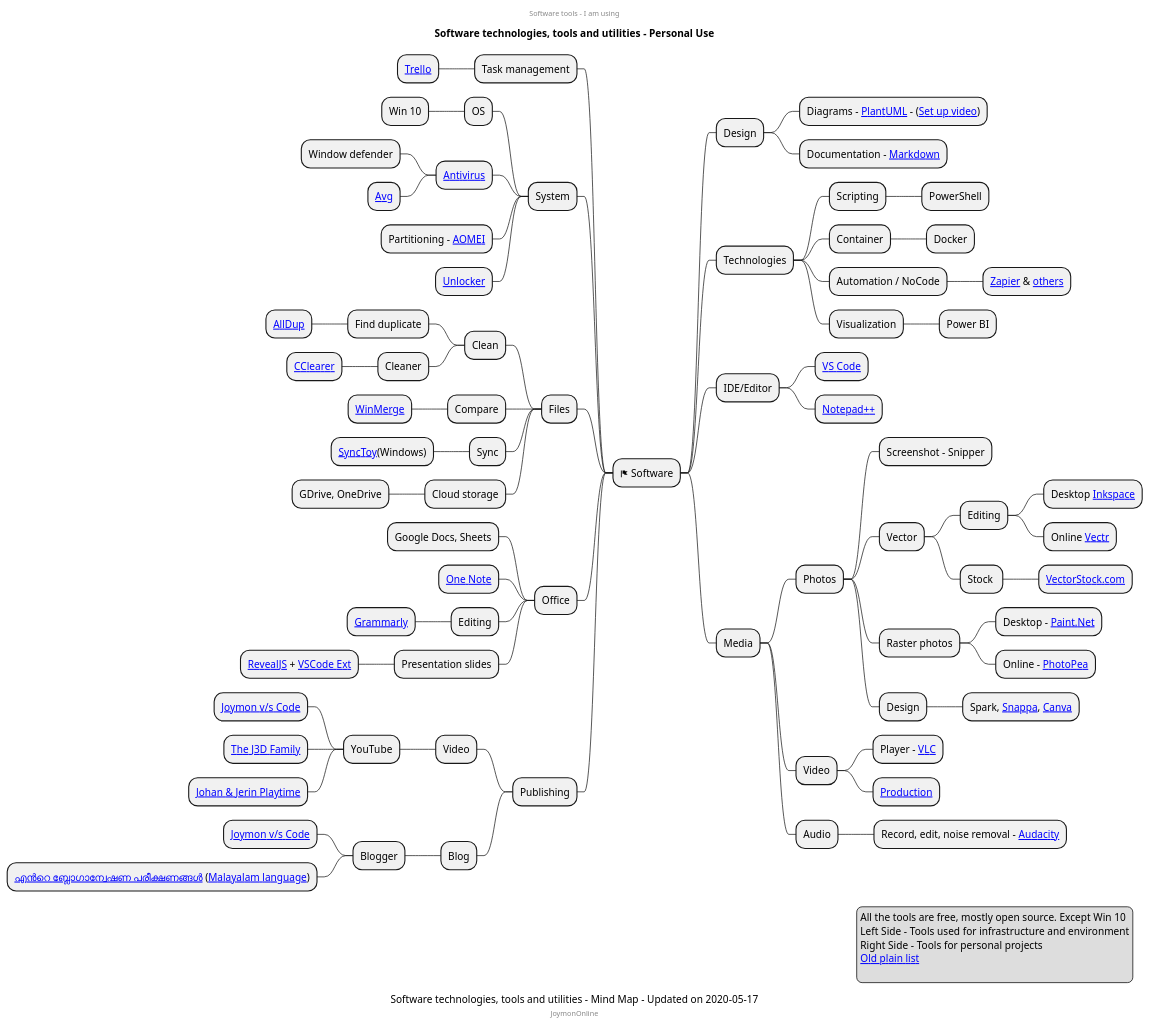
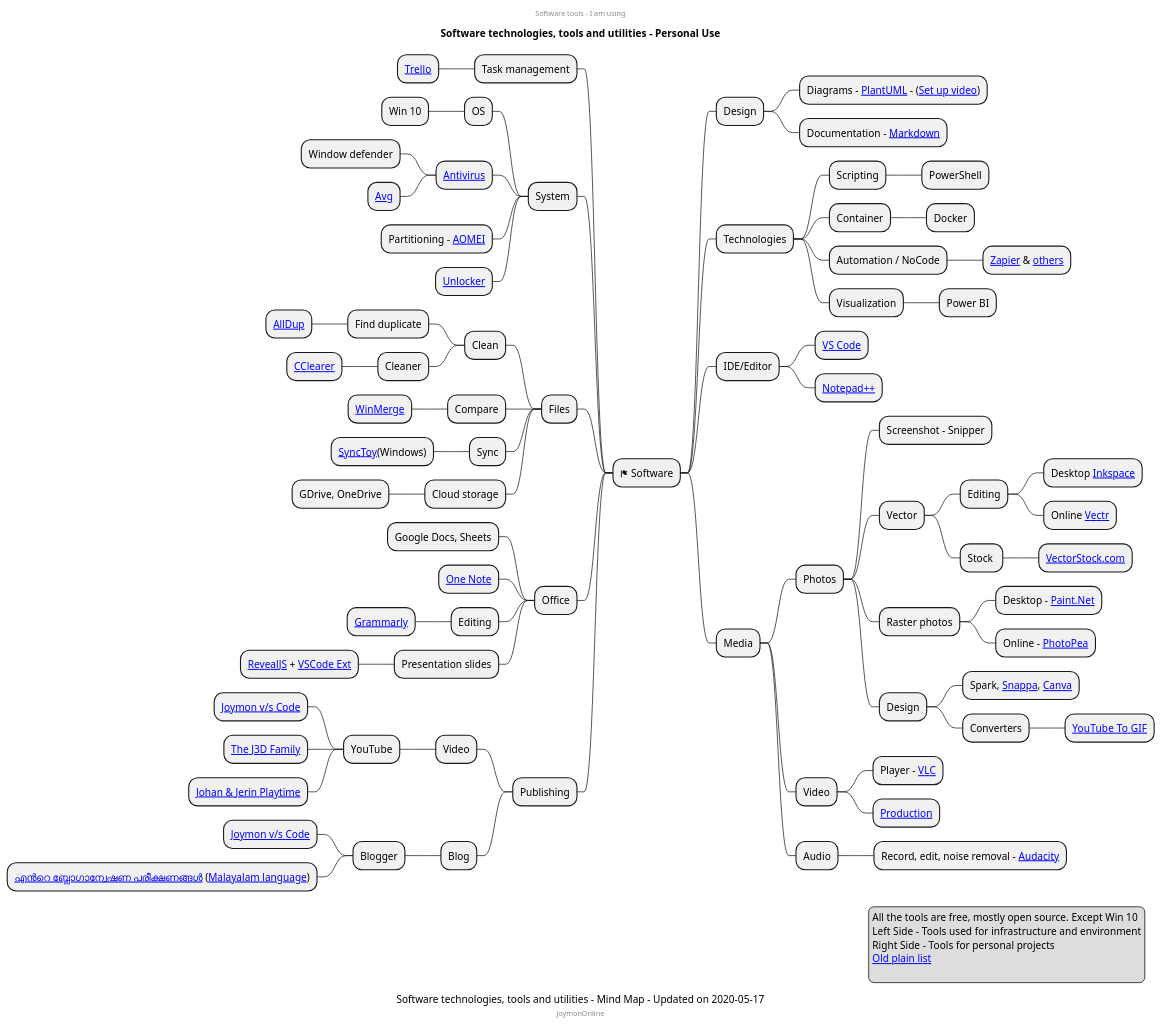
The diagram in software-tools/personal-tools.puml (mind-maps/software), drawn with PlantUML before and after one commit.

```diff
--- a/software-tools/personal-tools.puml
+++ b/software-tools/personal-tools.puml
@@ -1,95 +1,97 @@
 @startmindmap
 center header
 Software tools - I am using
 endheader
 title Software technologies, tools and utilities - Personal Use
 caption Software technologies, tools and utilities - Mind Map - Updated on 2020-05-17
 center footer JoymonOnline
 * <&flag> Software
 ** Design
 *** Diagrams - [[https://en.wikipedia.org/wiki/PlantUML PlantUML]] - ([[https://www.youtube.com/watch?v=Zt3Bj1HMJ8g Set up video]])
 *** Documentation - [[https://en.wikipedia.org/wiki/Markdown Markdown]]
 ** Technologies
 *** Scripting
 **** PowerShell
 *** Container
 **** Docker
 *** Automation / NoCode
 **** [[https://zapier.com/home Zapier]] & [[https://gist.github.com/joymon/89aeb18bef588895426b46a54e2ba970 others]]
 *** Visualization
 **** Power BI
 ** IDE/Editor
 *** [[https://code.visualstudio.com/ VS Code]]
 *** [[https://notepad-plus-plus.org/ Notepad++]]
 
 ** Media
 *** Photos
 **** Screenshot - Snipper
 **** Vector
 ***** Editing
 ****** Desktop [[https://inkscape.org/ Inkspace]]
 ****** Online [[https://vectr.com/ Vectr]]
 ***** Stock 
 ****** [[https://www.vectorstock.com/ VectorStock.com]]
 **** Raster photos
 ***** Desktop - [[https://www.getpaint.net/ Paint.Net]]
 ***** Online - [[https://www.photopea.com/ PhotoPea]]
 **** Design
 ***** Spark, [[https://snappa.com/ Snappa]], [[https://www.canva.com/ Canva]]
+***** Converters
+****** [[https://gifrun.com/ YouTube To GIF]]
 *** Video
 **** Player - [[https://www.videolan.org/vlc/download-windows.html VLC]]
 **** [[https://www.plantuml.com/plantuml/proxy?fmt=svg&cache=no&src=https://raw.githubusercontent.com/mind-maps/technology/master/media/video/publishing.puml Production]]
 *** Audio
 **** Record, edit, noise removal - [[https://www.audacityteam.org/download/ Audacity]]
 
 left side
 
 ** Task management
 *** [[https://trello.com/ Trello]]
 ** System
 *** OS
 **** Win 10
 *** [[https://www.av-test.org/en/antivirus/home-windows/ Antivirus]]
 **** Window defender
 **** [[https://www.avg.com/ Avg]]
 *** Partitioning - [[https://www.diskpart.com/free-partition-manager.html AOMEI]]
 *** [[http://www.emptyloop.com/unlocker/ Unlocker]]
 ** Files
 *** Clean
 **** Find duplicate
 ***** [[http://www.alldup.info/en_download_alldup.php AllDup]]
 **** Cleaner
 ***** [[https://www.ccleaner.com/ CClearer]]
 *** Compare
 **** [[https://winmerge.org/?lang=en WinMerge]]
 *** Sync
 **** [[https://www.microsoft.com/en-us/download/details.aspx?id=15155 SyncToy]](Windows)
 *** Cloud storage
 **** GDrive, OneDrive
 ** Office
 *** Google Docs, Sheets
 *** [[https://www.onenote.com/ One Note]]
 *** Editing
 **** [[https://app.grammarly.com/ Grammarly]]
 *** Presentation slides
 **** [[https://revealjs.com/ RevealJS]] + [[https://marketplace.visualstudio.com/items?itemName=evilz.vscode-reveal VSCode Ext]]
 ** Publishing
 *** Video
 **** YouTube
 ***** [[https://www.youtube.com/channel/UC78wYrq_keVaDV8STReHRxg Joymon v/s Code]]
 ***** [[https://www.youtube.com/channel/UCzYqSifCwLYpmgRxvNo7BzA The J3D Family]]
 ***** [[https://www.youtube.com/channel/UC1D3Fy0L0aoI0OfUEZnWy5A Johan & Jerin Playtime]]
 *** Blog
 **** Blogger
 ***** [[https://joymonscode.blogspot.com/ Joymon v/s Code]]
 ***** [[https://joy-mon.blogspot.com/ എന്‍റെ ബ്ലോഗാന്വേഷണ പരീക്ഷണങ്ങള്‍]] ([[https://en.wikipedia.org/wiki/Malayalam Malayalam language]])
 
 legend right
 All the tools are free, mostly open source. Except Win 10
 Left Side - Tools used for infrastructure and environment
 Right Side - Tools for personal projects
 [[https://joymonscode.blogspot.com/2017/05/toolbox-for-open-source-developers.html Old plain list]]
   
 endlegend
 
 @endmindmap
```
